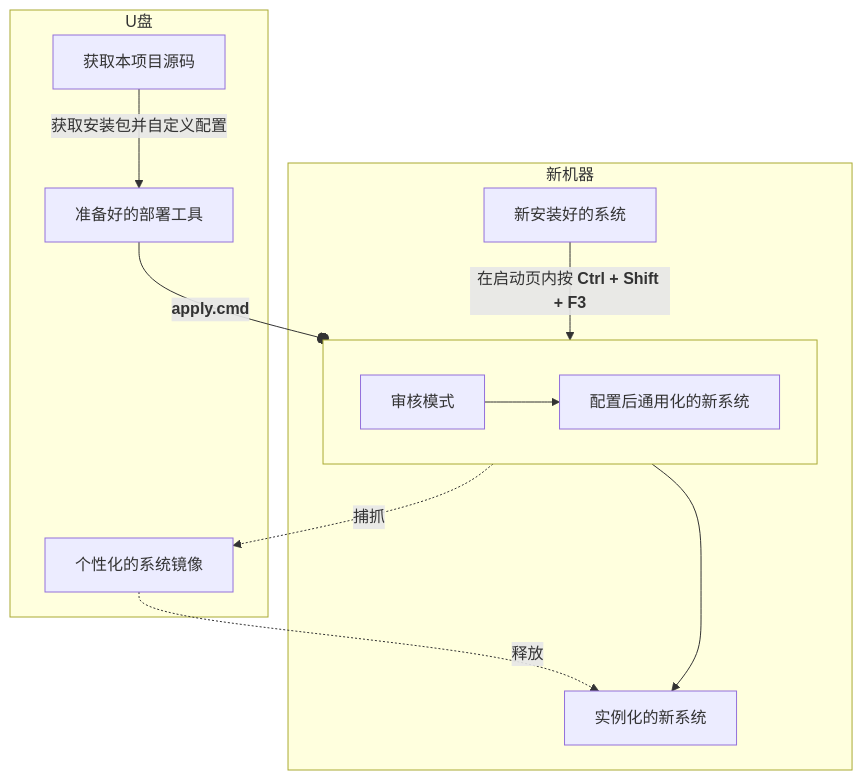
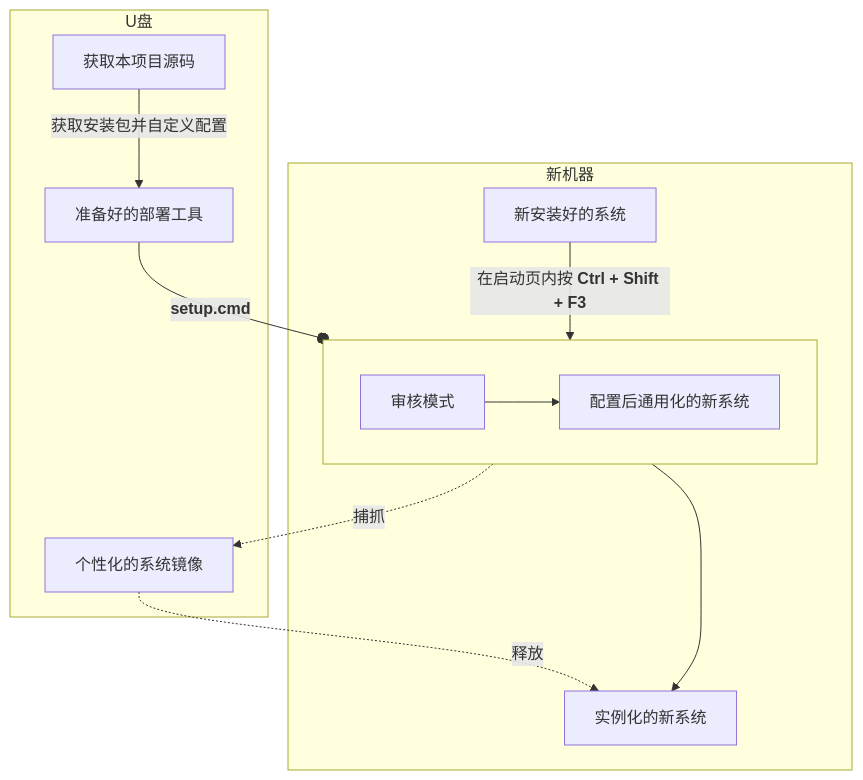
One commit to neo-sam/mysysprep changed the first of 2 diagrams in README_ZH.md. Above: the diagram before and after it, drawn with Mermaid. The commit also changed other lines of this file and 73 other files, not shown here.

````diff
--- a/README_ZH.md
+++ b/README_ZH.md
@@ -16,18 +16,18 @@
 ```mermaid
 flowchart TD
   subgraph target [新机器]
     newsys[新安装好的系统] -- 在启动页内按 <b>Ctrl + Shift + F3</b> --> auditmode[审核模式]
     subgraph sysprep [ ]
       direction LR
       auditmode --> generlized[配置后通用化的新系统]
     end
     instance[实例化的新系统]
   end
   subgraph U盘
     fetch[获取本项目源码] -- 获取安装包并自定义配置 --> bundle[准备好的部署工具]
     generlized -. 捕抓 .-> image[个性化的系统镜像]
   end
-  bundle -- <b>apply.cmd</b> --o sysprep
+  bundle -- <b>setup.cmd</b> --o sysprep
   generlized --> instance
   image -. 释放 .-> instance
 ```
````
